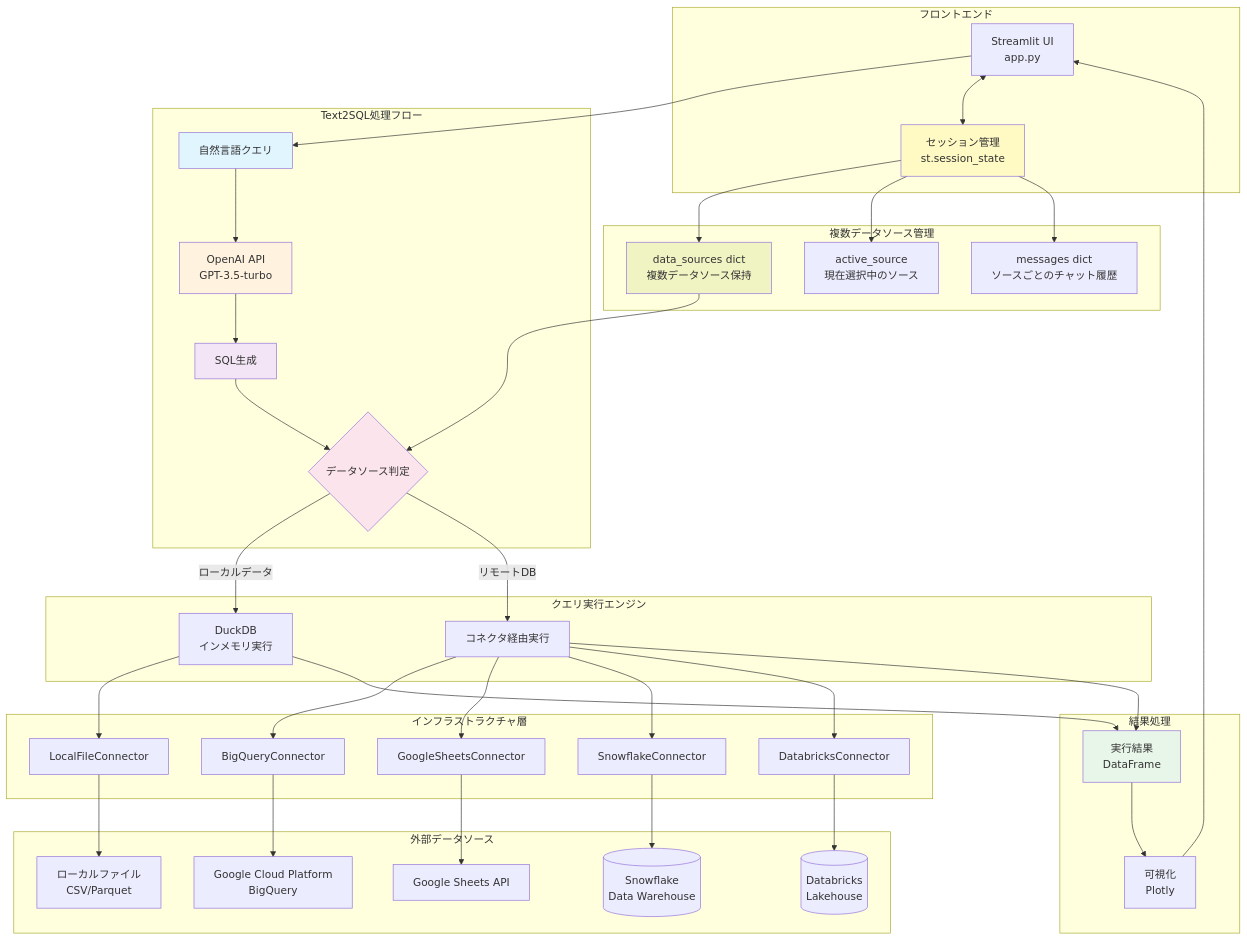
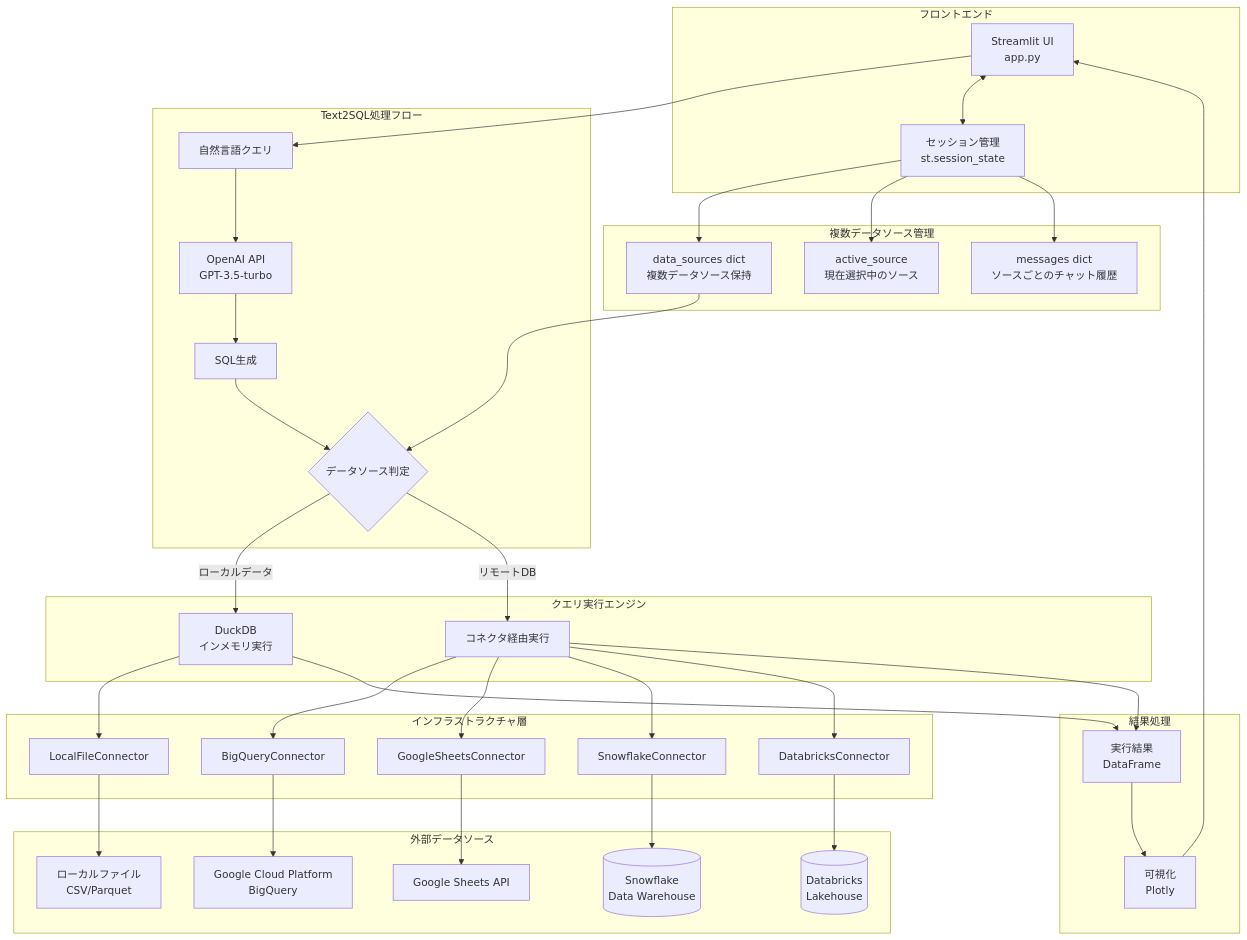
Before and after one commit to RyutoYoda/simple_text2sql_v02: the first of 4 diagrams in architecture/system_architecture.md, drawn with Mermaid.

Commit message:
アーキテクチャ図の色付けを削除して見やすく改善

````diff
--- a/architecture/system_architecture.md
+++ b/architecture/system_architecture.md
@@ -8,59 +8,51 @@
 ```mermaid
 graph TB
     subgraph "フロントエンド"
         UI[Streamlit UI<br/>app.py]
         Session[セッション管理<br/>st.session_state]
     end
 
     subgraph "複数データソース管理"
         Session --> DataSources[data_sources dict<br/>複数データソース保持]
         Session --> ActiveSource[active_source<br/>現在選択中のソース]
         Session --> Messages[messages dict<br/>ソースごとのチャット履歴]
     end
 
     subgraph "Text2SQL処理フロー"
         UI --> NLQ[自然言語クエリ]
         NLQ --> OpenAI[OpenAI API<br/>GPT-3.5-turbo]
         OpenAI --> SQL[SQL生成]
         SQL --> Router{データソース判定}
     end
 
     subgraph "クエリ実行エンジン"
         Router -->|ローカルデータ| DuckDB[DuckDB<br/>インメモリ実行]
         Router -->|リモートDB| Connectors[コネクタ経由実行]
     end
 
     subgraph "インフラストラクチャ層"
         DuckDB --> LocalFile[LocalFileConnector]
         Connectors --> BigQuery[BigQueryConnector]
         Connectors --> Sheets[GoogleSheetsConnector]
         Connectors --> Snowflake[SnowflakeConnector]
         Connectors --> Databricks[DatabricksConnector]
     end
 
     subgraph "外部データソース"
         LocalFile --> Files[ローカルファイル<br/>CSV/Parquet]
         BigQuery --> GCP[Google Cloud Platform<br/>BigQuery]
         Sheets --> GoogleAPI[Google Sheets API]
         Snowflake --> SnowflakeDB[(Snowflake<br/>Data Warehouse)]
         Databricks --> DatabricksDB[(Databricks<br/>Lakehouse)]
     end
 
     subgraph "結果処理"
         DuckDB --> Result[実行結果<br/>DataFrame]
         Connectors --> Result
         Result --> Viz[可視化<br/>Plotly]
         Viz --> UI
     end
 
     UI <--> Session
     DataSources --> Router
-
-    style NLQ fill:#e1f5fe
-    style OpenAI fill:#fff3e0
-    style SQL fill:#f3e5f5
-    style Router fill:#fce4ec
-    style Result fill:#e8f5e9
-    style Session fill:#fff9c4
-    style DataSources fill:#f0f4c3
 ```
````
